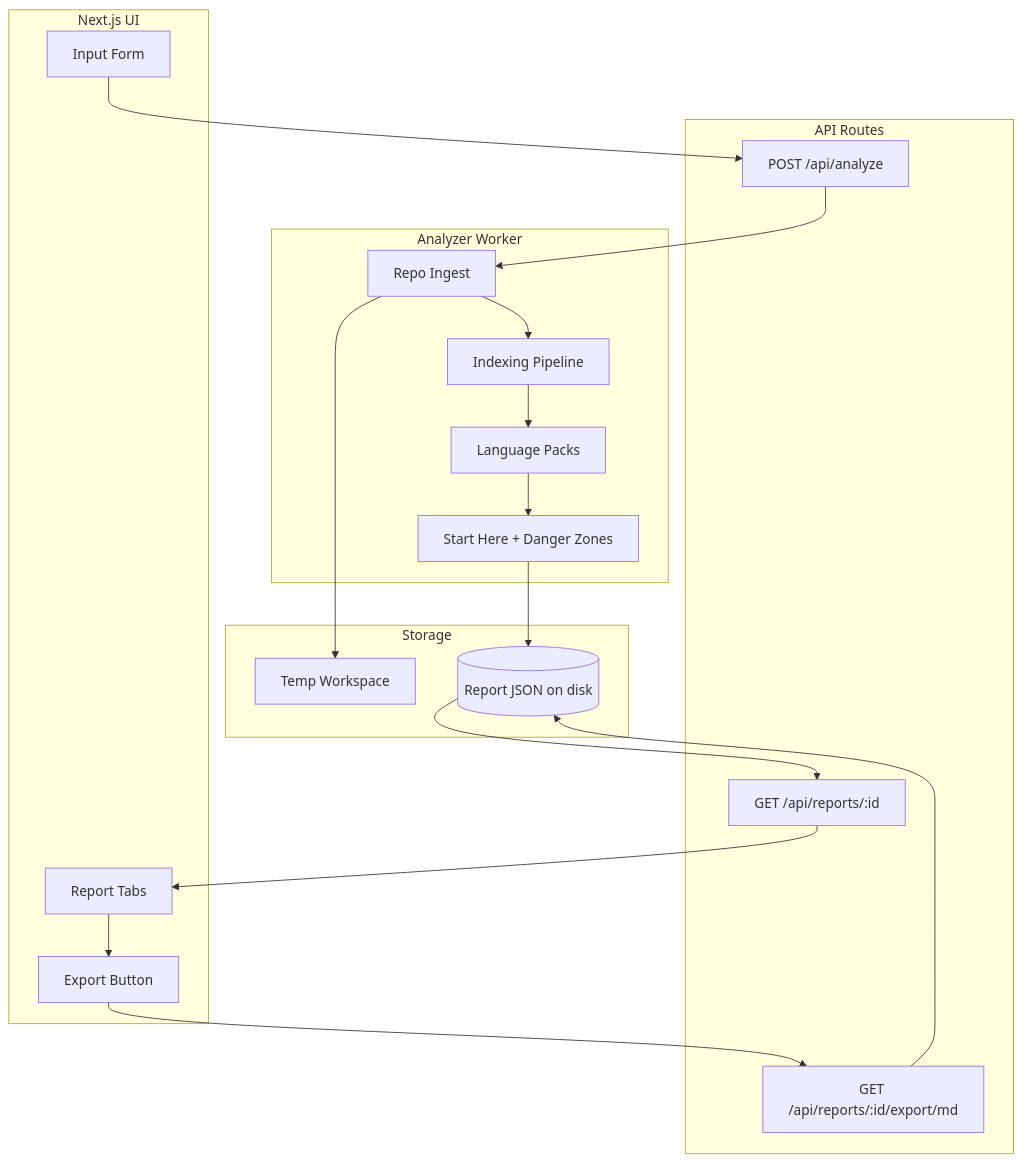
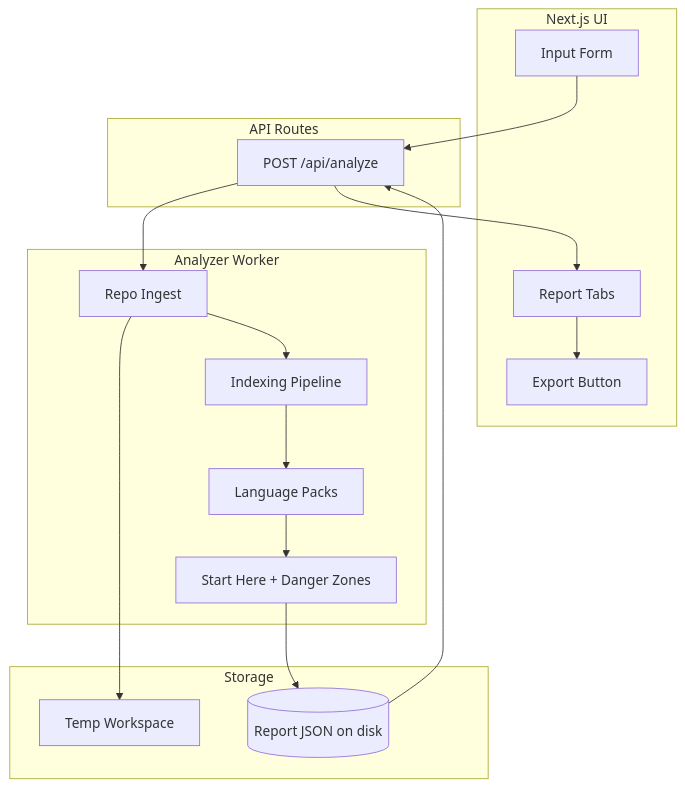
One commit to ChimdumebiNebolisa/RepoAtlas changed the first of 2 diagrams in docs/spec.md. Above: the diagram before and after it, drawn with Mermaid. The commit also changed other lines of this file and 1 other file, not shown here.

Commit message:
docs: align API docs with implemented routes and payloads

````diff
--- a/docs/spec.md
+++ b/docs/spec.md
@@ -105,39 +103,35 @@
 ```mermaid
 flowchart TB
     subgraph UI [Next.js UI]
         Input[Input Form]
         Tabs[Report Tabs]
         Export[Export Button]
     end
 
     subgraph API [API Routes]
         Analyze[POST /api/analyze]
-        GetReport[GET /api/reports/:id]
-        ExportMD[GET /api/reports/:id/export/md]
     end
 
     subgraph Worker [Analyzer Worker]
         Ingest[Repo Ingest]
         Index[Indexing Pipeline]
         Packs[Language Packs]
         Scoring[Start Here + Danger Zones]
     end
 
     subgraph Storage [Storage]
         TempWorkspace[Temp Workspace]
         ReportJSON[(Report JSON on disk)]
     end
 
     Input --> Analyze
     Analyze --> Ingest
     Ingest --> TempWorkspace
     Ingest --> Index
     Index --> Packs
     Packs --> Scoring
     Scoring --> ReportJSON
-    ReportJSON --> GetReport
-    GetReport --> Tabs
+    ReportJSON --> Analyze
+    Analyze --> Tabs
     Tabs --> Export
-    Export --> ExportMD
-    ExportMD --> ReportJSON
 ```
````
